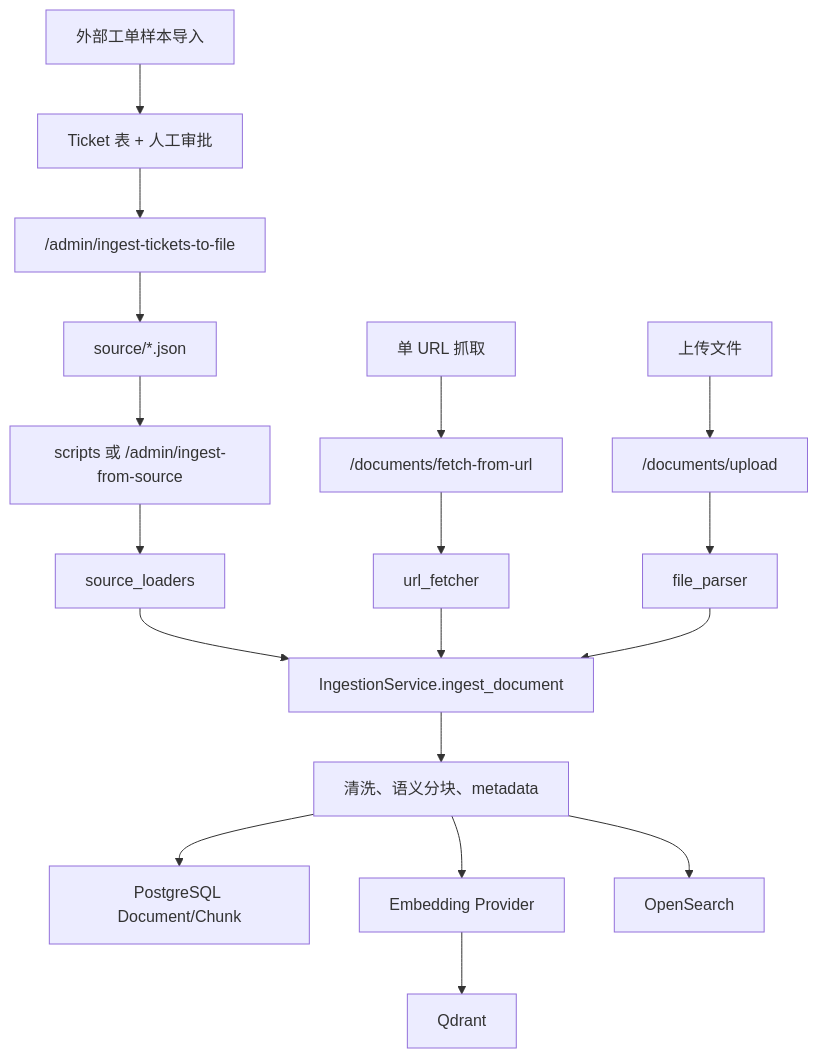
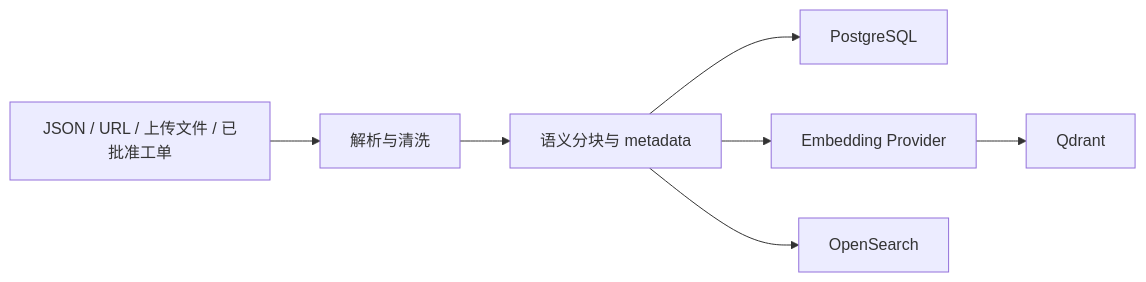
Before and after one commit to rwjxrj/RAG_Agent: the third of 3 diagrams in README.md, drawn with Mermaid. The commit also changed other lines of this file, not shown here.

````diff
--- a/README.md
+++ b/README.md
@@ -119,20 +168,9 @@
 ```mermaid
-flowchart TD
-  A["source/*.json"] --> B["scripts 或 /admin/ingest-from-source"]
-  C["单 URL 抓取"] --> D["/documents/fetch-from-url"]
-  E["上传文件"] --> F["/documents/upload"]
-  G["外部工单样本导入"] --> H["Ticket 表 + 人工审批"]
-  H --> I["/admin/ingest-tickets-to-file"]
-  I --> A
-  B --> J["source_loaders"]
-  D --> K["url_fetcher"]
-  F --> L["file_parser"]
-  J --> M["IngestionService.ingest_document"]
-  K --> M
-  L --> M
-  M --> N["清洗、语义分块、metadata"]
-  N --> O["PostgreSQL Document/Chunk"]
-  N --> P["Embedding Provider"]
-  P --> Q["Qdrant"]
-  N --> R["OpenSearch"]
+flowchart LR
+  A["JSON / URL / 上传文件 / 已批准工单"] --> B["解析与清洗"]
+  B --> C["语义分块与 metadata"]
+  C --> D["PostgreSQL"]
+  C --> E["Embedding Provider"]
+  C --> F["OpenSearch"]
+  E --> G["Qdrant"]
 ```
````
